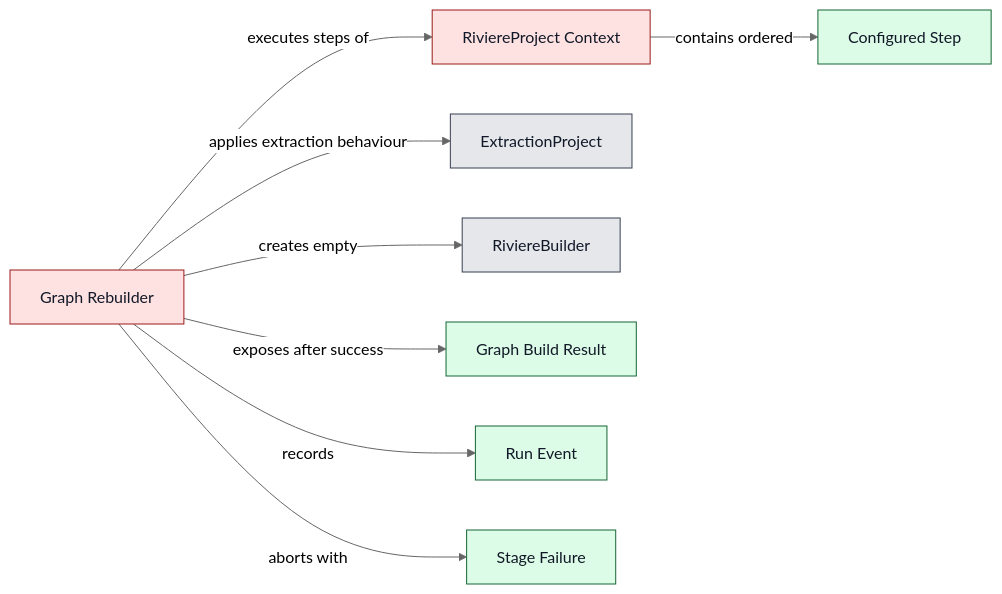
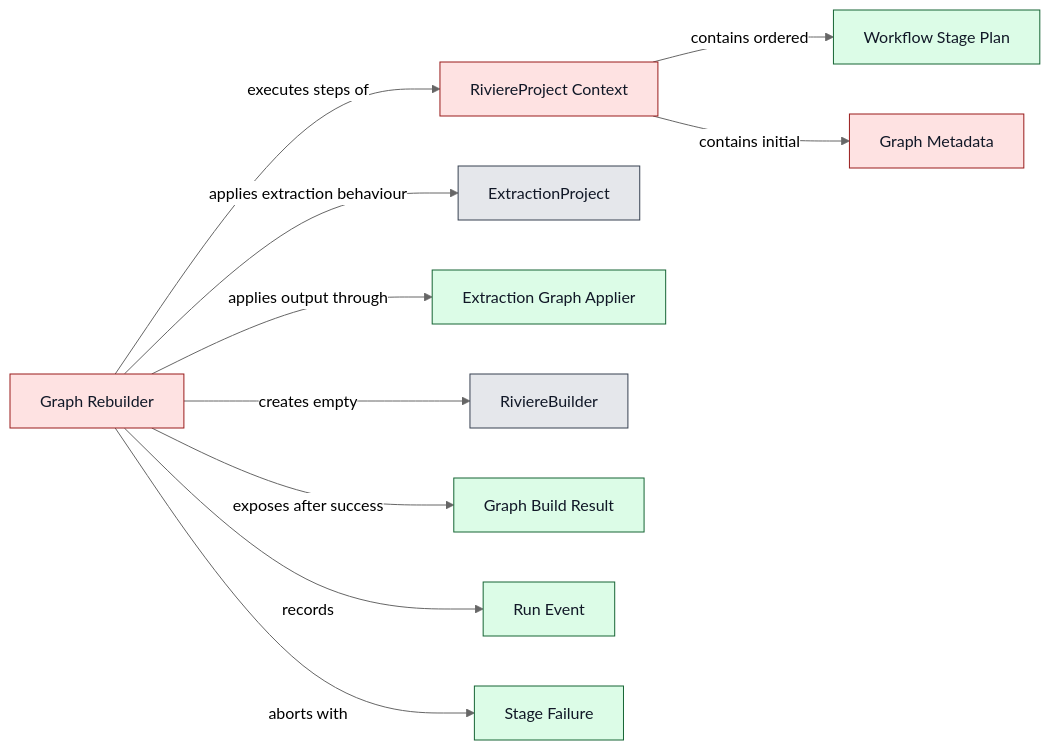
One commit to NTCoding/living-architecture changed the third of 5 diagrams in docs/project/PRD/riviere-extraction-workflows-v1/ARCH.md. Above: the diagram before and after it, drawn with Mermaid (neutral theme). The commit also changed other lines of this file, not shown here.

Commit message:
docs: model workflow extraction stages

````diff
--- a/docs/project/PRD/riviere-extraction-workflows-v1/ARCH.md
+++ b/docs/project/PRD/riviere-extraction-workflows-v1/ARCH.md
@@ -294,32 +506,38 @@
 ```mermaid
 flowchart LR
   context["RiviereProject Context"]
-  projectStep["Configured Step"]
+  stagePlan["Workflow Stage Plan"]
+  graphMetadata["Graph Metadata"]
   executor["Graph Rebuilder"]
   extractionProject["ExtractionProject"]
+  graphApplier["Extraction Graph Applier"]
   builder["RiviereBuilder"]
   graphResult["Graph Build Result"]
   runEvent["Run Event"]
   failure["Stage Failure"]
 
-  context -->|contains ordered| projectStep
+  context -->|contains ordered| stagePlan
+  context -->|contains initial| graphMetadata
   executor -->|executes steps of| context
   executor -->|applies extraction behaviour| extractionProject
   executor -->|creates empty| builder
+  executor -->|applies output through| graphApplier
   executor -->|records| runEvent
   executor -->|aborts with| failure
   executor -->|exposes after success| graphResult
 
   classDef statusExisting fill:#e5e7eb,stroke:#374151,color:#111827
   classDef statusChanged fill:#fef3c7,stroke:#92400e,color:#111827
   classDef statusNew fill:#dcfce7,stroke:#166534,color:#111827
   classDef statusOpen fill:#fee2e2,stroke:#991b1b,color:#111827
   class context statusOpen
-  class projectStep statusNew
+  class stagePlan statusNew
+  class graphMetadata statusOpen
   class executor statusOpen
   class extractionProject statusExisting
+  class graphApplier statusNew
   class builder statusExisting
   class graphResult statusNew
   class runEvent statusNew
   class failure statusNew
 ```
````
